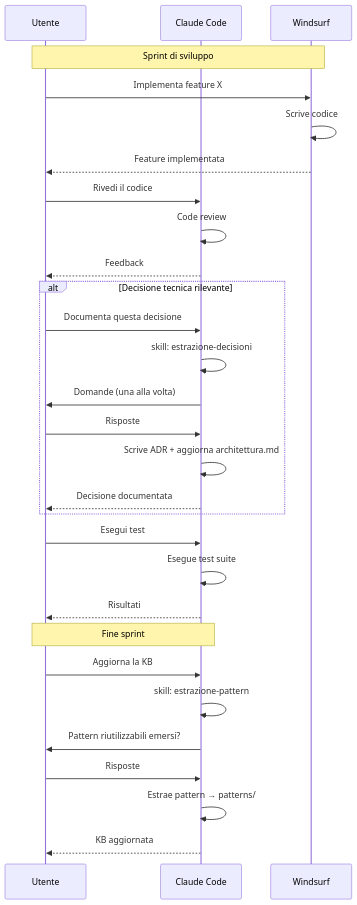
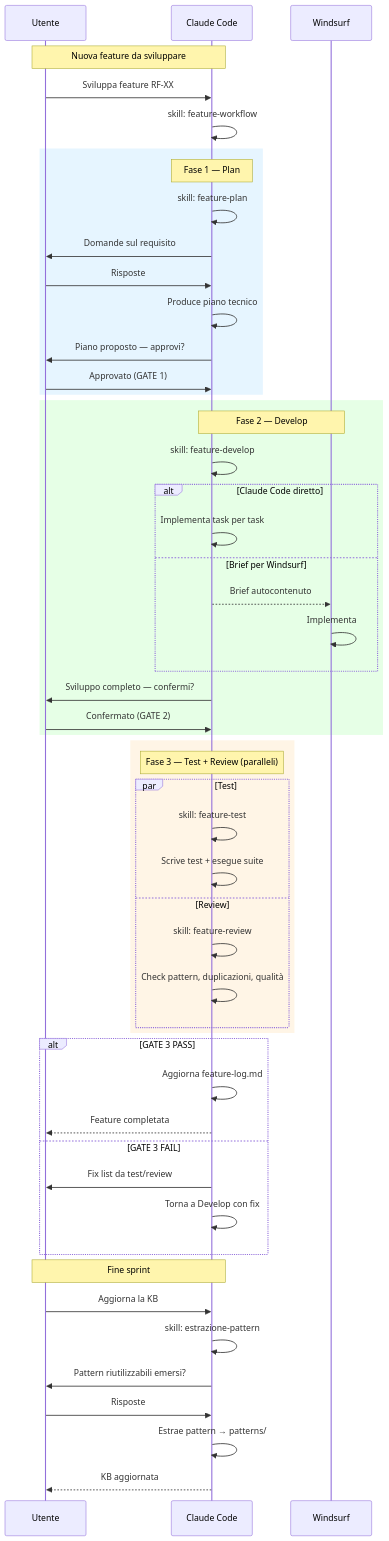
One commit to SimoneBriganteLaif/SimoneAI changed the fifth of 8 diagrams in docs/workflow.md. Above: the diagram before and after it, drawn with Mermaid. The commit also changed other lines of this file and 9 other files, not shown here.

First line of the commit message:
Workflow multi-agente per feature development (5 nuove skill)

````diff
--- a/docs/workflow.md
+++ b/docs/workflow.md
@@ -177,38 +186,62 @@
 ```mermaid
 sequenceDiagram
     participant U as Utente
     participant CC as Claude Code
     participant WS as Windsurf
 
-    Note over U,WS: Sprint di sviluppo
+    Note over U,CC: Nuova feature da sviluppare
 
-    U->>WS: Implementa feature X
-    WS->>WS: Scrive codice
-    WS-->>U: Feature implementata
+    U->>CC: Sviluppa feature RF-XX
+    CC->>CC: skill: feature-workflow
 
-    U->>CC: Rivedi il codice
-    CC->>CC: Code review
-    CC-->>U: Feedback
-
-    alt Decisione tecnica rilevante
-        U->>CC: Documenta questa decisione
-        CC->>CC: skill: estrazione-decisioni
-        CC->>U: Domande (una alla volta)
-        U->>CC: Risposte
-        CC->>CC: Scrive ADR + aggiorna architettura.md
-        CC-->>U: Decisione documentata
+    rect rgb(230, 245, 255)
+    Note over CC: Fase 1 — Plan
+    CC->>CC: skill: feature-plan
+    CC->>U: Domande sul requisito
+    U->>CC: Risposte
+    CC->>CC: Produce piano tecnico
+    CC->>U: Piano proposto — approvi?
+    U->>CC: Approvato (GATE 1)
     end
 
-    U->>CC: Esegui test
-    CC->>CC: Esegue test suite
-    CC-->>U: Risultati
+    rect rgb(230, 255, 230)
+    Note over CC,WS: Fase 2 — Develop
+    CC->>CC: skill: feature-develop
+    alt Claude Code diretto
+        CC->>CC: Implementa task per task
+    else Brief per Windsurf
+        CC-->>WS: Brief autocontenuto
+        WS->>WS: Implementa
+    end
+    CC->>U: Sviluppo completo — confermi?
+    U->>CC: Confermato (GATE 2)
+    end
+
+    rect rgb(255, 245, 230)
+    Note over CC: Fase 3 — Test + Review (paralleli)
+    par Test
+        CC->>CC: skill: feature-test
+        CC->>CC: Scrive test + esegue suite
+    and Review
+        CC->>CC: skill: feature-review
+        CC->>CC: Check pattern, duplicazioni, qualità
+    end
+    end
+
+    alt GATE 3 PASS
+        CC->>CC: Aggiorna feature-log.md
+        CC-->>U: Feature completata
+    else GATE 3 FAIL
+        CC->>U: Fix list da test/review
+        CC->>CC: Torna a Develop con fix
+    end
 
     Note over U,CC: Fine sprint
 
     U->>CC: Aggiorna la KB
     CC->>CC: skill: estrazione-pattern
     CC->>U: Pattern riutilizzabili emersi?
     U->>CC: Risposte
     CC->>CC: Estrae pattern → patterns/
     CC-->>U: KB aggiornata
 ```
````
